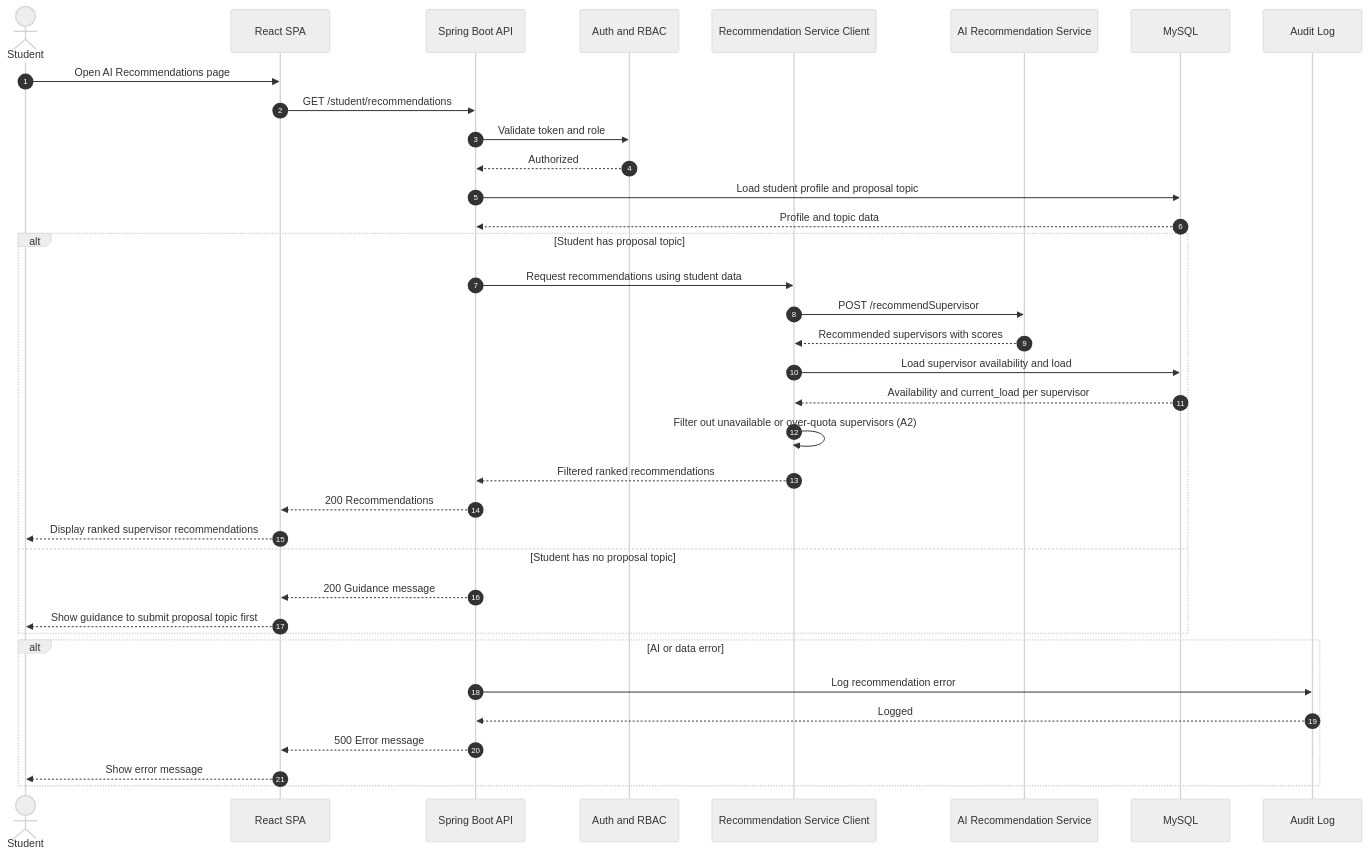
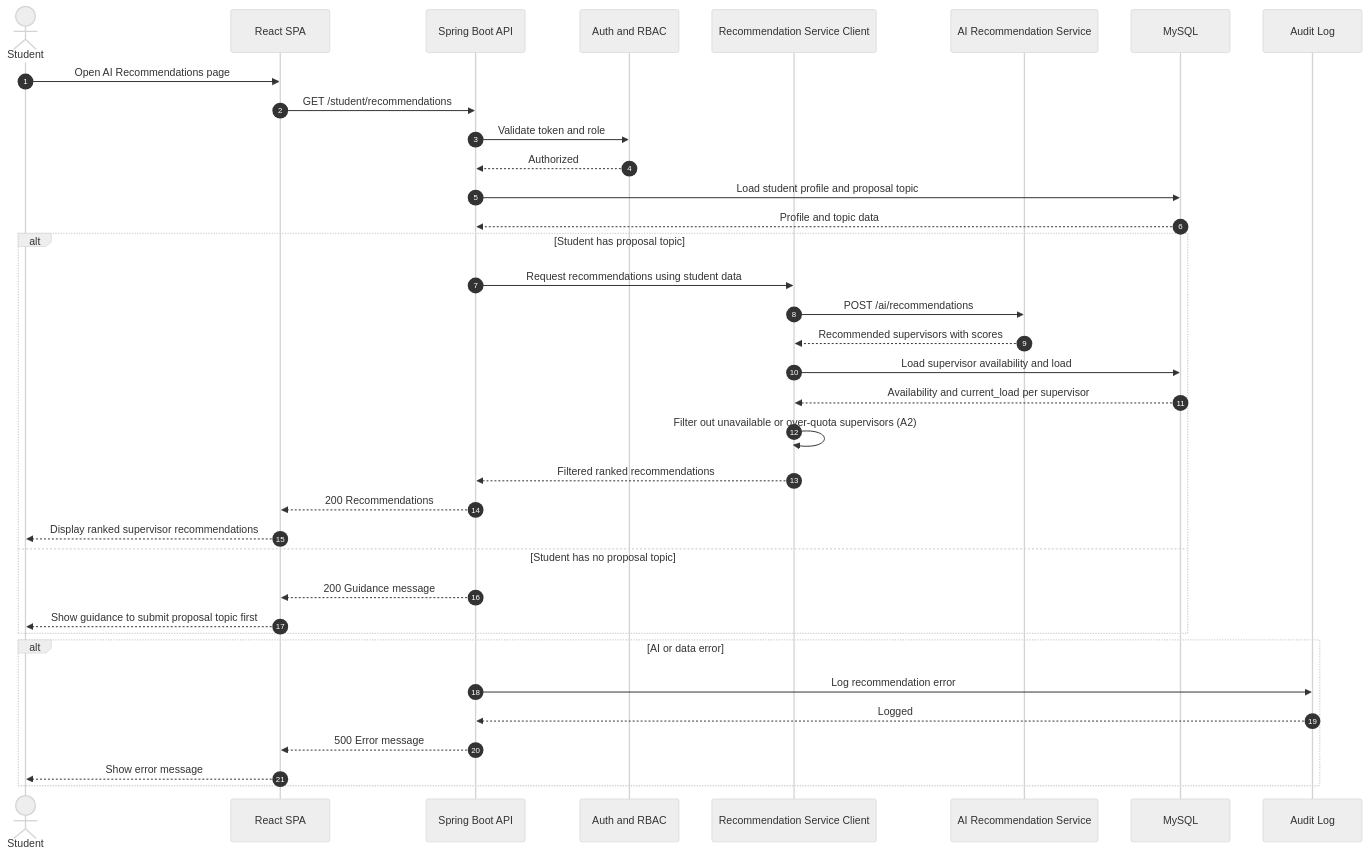
One commit to taizhixuan/fyp-supervision-system changed the fifth of 36 diagrams in Project-info/reports/Sequence Diagram.md. Above: the diagram before and after it, drawn with Mermaid (neutral theme). The commit also changed other lines of this file and 5 other files, not shown here.

Commit message:
design docs: add UC34-36, extend UC1/14/30, sync ERD + data dictionary

````diff
--- a/Project-info/reports/Sequence Diagram.md
+++ b/Project-info/reports/Sequence Diagram.md
@@ -297,43 +332,43 @@
 ```mermaid
 sequenceDiagram
   autonumber
   actor STU as Student
   participant FE as React SPA
   participant BE as Spring Boot API
   participant AUTH as Auth and RBAC
   participant REC as Recommendation Service Client
   participant AI as AI Recommendation Service
   participant DB as MySQL
   participant AUD as Audit Log
 
   STU->>FE: Open AI Recommendations page
   FE->>BE: GET /student/recommendations
   BE->>AUTH: Validate token and role
   AUTH-->>BE: Authorized
 
   BE->>DB: Load student profile and proposal topic
   DB-->>BE: Profile and topic data
 
   alt Student has proposal topic
     BE->>REC: Request recommendations using student data
-    REC->>AI: POST /recommendSupervisor
+    REC->>AI: POST /ai/recommendations
     AI-->>REC: Recommended supervisors with scores
     %% NEW (FYP2): filter by availability_status and supervision_quota vs current_load
     REC->>DB: Load supervisor availability and load
     DB-->>REC: Availability and current_load per supervisor
     REC->>REC: Filter out unavailable or over-quota supervisors (A2)
     REC-->>BE: Filtered ranked recommendations
     BE-->>FE: 200 Recommendations
     FE-->>STU: Display ranked supervisor recommendations
   else Student has no proposal topic
     BE-->>FE: 200 Guidance message
     FE-->>STU: Show guidance to submit proposal topic first
   end
 
   alt AI or data error
     BE->>AUD: Log recommendation error
     AUD-->>BE: Logged
     BE-->>FE: 500 Error message
     FE-->>STU: Show error message
   end
 ```
````
